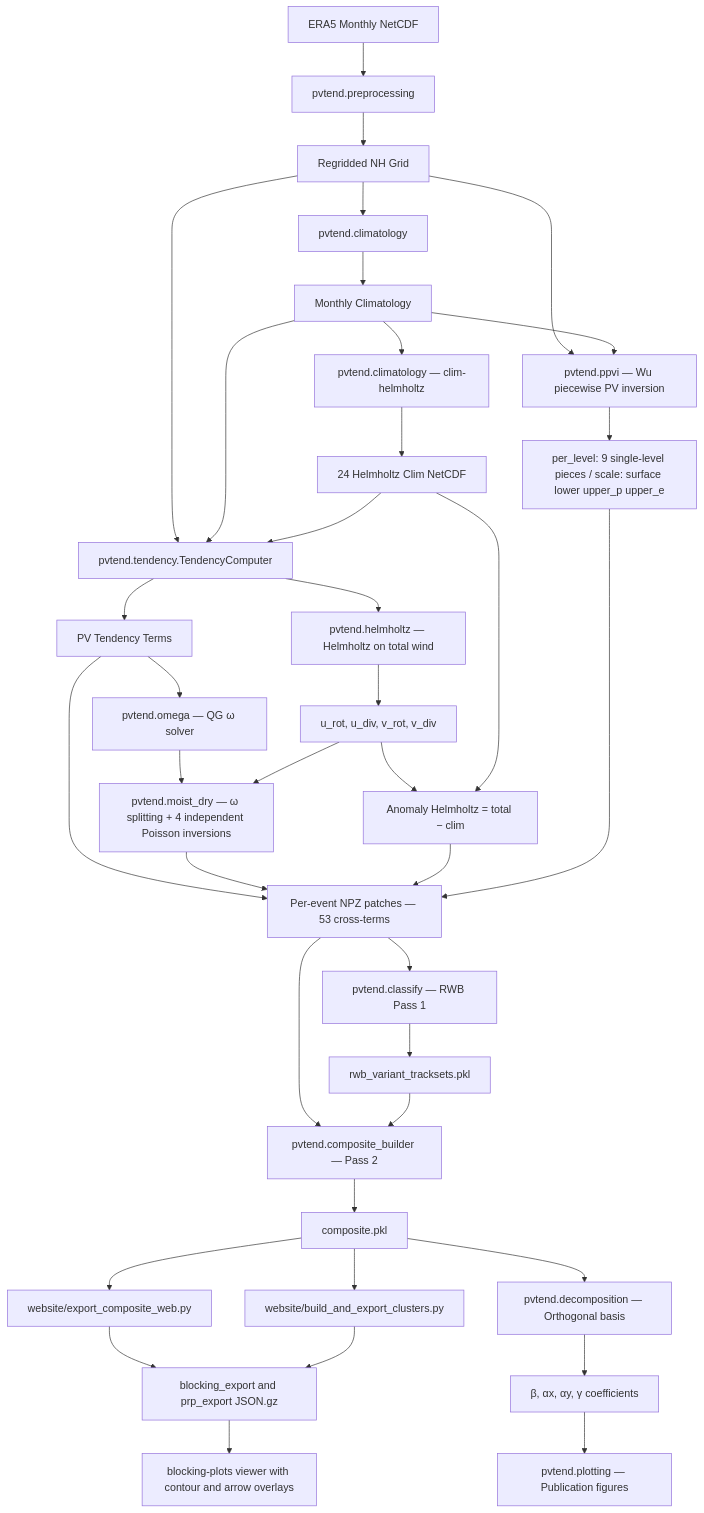
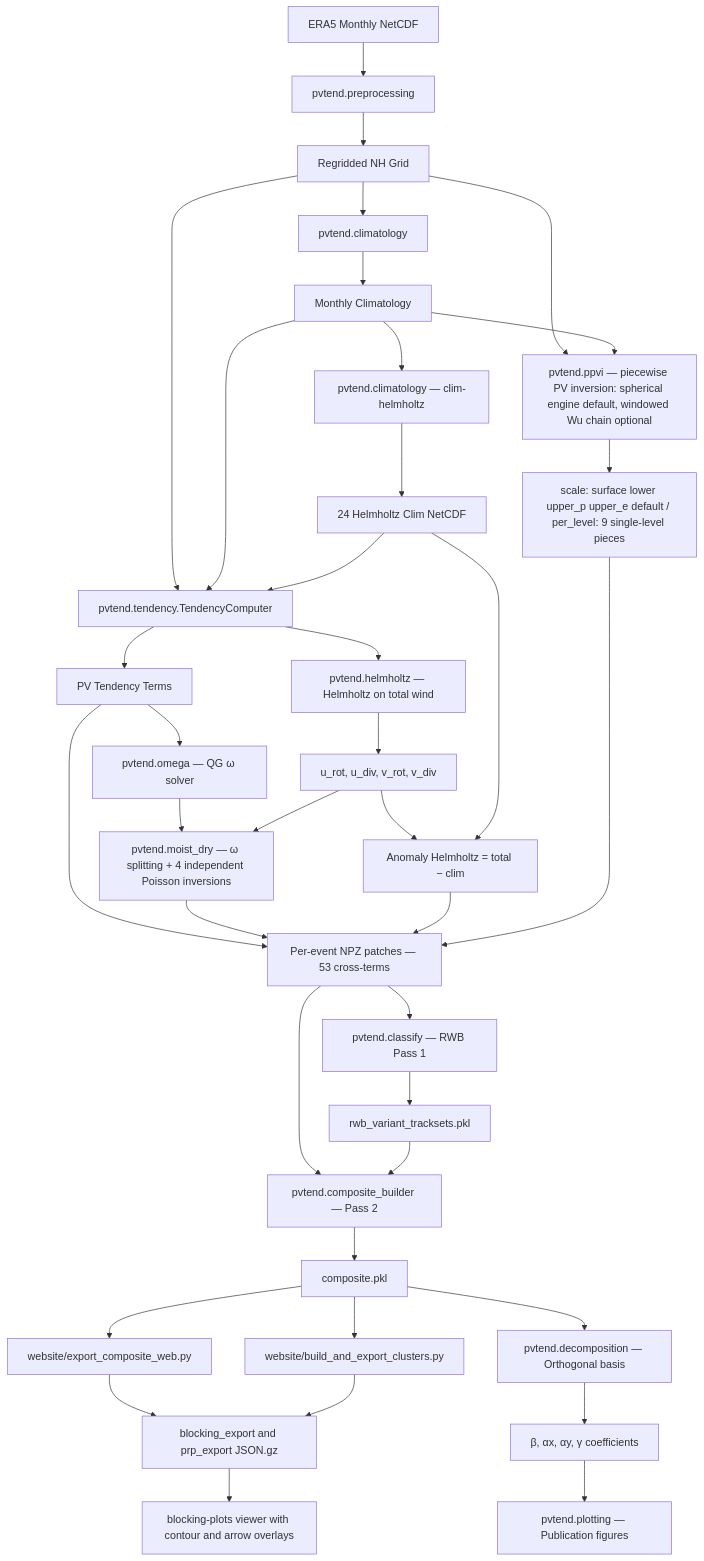
Before and after one commit to yanxingjianken/pvtend: the first of 3 diagrams in README.md, drawn with Mermaid. The commit also changed other lines of this file and 20 other files, not shown here.

First line of the commit message:
feat(ppvi): the spherical engine replaces the windowed Wu chain by default; release 2.22.0

````diff
--- a/README.md
+++ b/README.md
@@ -167,32 +167,32 @@
 ```mermaid
 graph TD
     A[ERA5 Monthly NetCDF] --> B[pvtend.preprocessing]
     B --> C[Regridded NH Grid]
     C --> D[pvtend.climatology]
     D --> E[Monthly Climatology]
     E --> E2[pvtend.climatology — clim-helmholtz]
     E2 --> E3[24 Helmholtz Clim NetCDF]
     C & E & E3 --> F[pvtend.tendency.TendencyComputer]
     F --> G[PV Tendency Terms]
     F --> I[pvtend.helmholtz — Helmholtz on total wind]
     I --> I2[u_rot, u_div, v_rot, v_div]
     I2 & E3 --> I3[Anomaly Helmholtz = total − clim]
     G --> H[pvtend.omega — QG ω solver]
     H & I2 --> J[pvtend.moist_dry — ω splitting + 4 independent Poisson inversions]
     G & J & I3 --> K[Per-event NPZ patches — 53 cross-terms]
-    C & E --> P1[pvtend.ppvi — Wu piecewise PV inversion]
-    P1 --> P2[per_level: 9 single-level pieces / scale: surface lower upper_p upper_e]
+    C & E --> P1[pvtend.ppvi — piecewise PV inversion: spherical engine default, windowed Wu chain optional]
+    P1 --> P2[scale: surface lower upper_p upper_e default / per_level: 9 single-level pieces]
     P2 --> K
     K --> L1[pvtend.classify — RWB Pass 1]
     L1 --> L1a[rwb_variant_tracksets.pkl]
     K & L1a --> L2[pvtend.composite_builder — Pass 2]
     L2 --> L2a[composite.pkl]
     L2a --> W1[website/export_composite_web.py]
     L2a --> W2[website/build_and_export_clusters.py]
     W1 --> W3[blocking_export and prp_export JSON.gz]
     W2 --> W3
     W3 --> W4[blocking-plots viewer with contour and arrow overlays]
     L2a --> M[pvtend.decomposition — Orthogonal basis]
     M --> N[β, αx, αy, γ coefficients]
     N --> O[pvtend.plotting — Publication figures]
 ```
````
